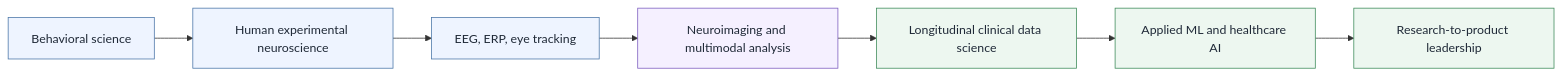
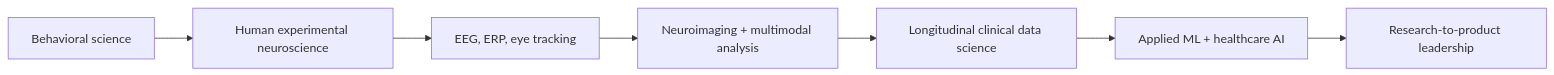
Before and after one commit to jupshaw/joshua-upshaw-research-development-portfolio: the diagram in README.md, drawn with Mermaid. The commit also changed other lines of this file and 44 other files, not shown here.

````diff
--- a/README.md
+++ b/README.md
@@ -40,16 +44,9 @@
 ```mermaid
 flowchart LR
     A[Behavioral science] --> B[Human experimental neuroscience]
     B --> C[EEG, ERP, eye tracking]
-    C --> D[Neuroimaging and multimodal analysis]
+    C --> D[Neuroimaging + multimodal analysis]
     D --> E[Longitudinal clinical data science]
-    E --> F[Applied ML and healthcare AI]
+    E --> F[Applied ML + healthcare AI]
     F --> G[Research-to-product leadership]
-
-    classDef early fill:#EEF4FF,stroke:#4A76A8,color:#1F2937;
-    classDef mid fill:#F5F0FF,stroke:#7C5CBF,color:#1F2937;
-    classDef late fill:#EDF7F0,stroke:#3D8B5A,color:#1F2937;
-    class A,B,C early;
-    class D mid;
-    class E,F,G late;
 ```
````
